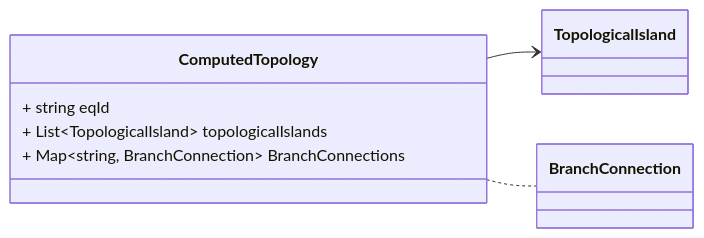
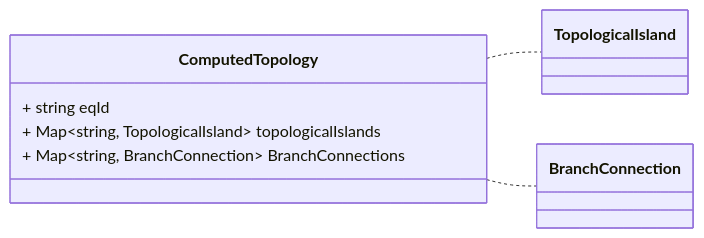
Before and after one commit to zaphiro-technologies/protobuf: the fifth of 5 diagrams in docs/topology.proto.md, drawn with Mermaid. The commit also changed other lines of this file and 4 other files, not shown here.

````diff
--- a/docs/topology.proto.md
+++ b/docs/topology.proto.md
@@ -100,22 +99,22 @@
 ```mermaid
 classDiagram
 direction LR
 
 %% A processed topology information.
 %% Headers used in rabbitMQ:
 %% * `id` (string): id of the `Topology`
 %% * `type` (string): always `ComputedTopology`
 %% * `producerId` (string): the id of the producer (e.g. a PMU) linked to the dataset.
 %% * `timestampId` (int64): related measurement Unix msec timestamp (if any)
 %% * `subnetworkId` (string): the sub network id for which the topology was computed
 %% 
 
 class ComputedTopology {
   + string eqId
-  + List~TopologicalIsland~ topologicalIslands
+  + Map~string,  TopologicalIsland~ topologicalIslands
   + Map~string,  BranchConnection~ BranchConnections
 }
-ComputedTopology --> `TopologicalIsland`
+ComputedTopology .. ` TopologicalIsland`
 ComputedTopology .. ` BranchConnection`
 
 ```
````
